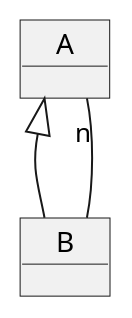
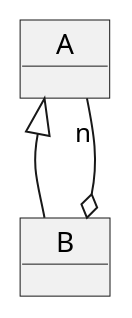
The diagram in imagens/modelos-07/mod07ima06/mod07ima06.plantuml (kyriosdata/oo), drawn with PlantUML before and after one commit. The commit also changed 2 other files, not shown here.

```diff
--- a/imagens/modelos-07/mod07ima06/mod07ima06.plantuml
+++ b/imagens/modelos-07/mod07ima06/mod07ima06.plantuml
@@ -1,6 +1,6 @@
 @startuml mod07ima06
 object "   A   " as a
 object "   B   " as b
 a <|-- b
-a "n"-- b
+a "n"--o b
 @enduml
```
